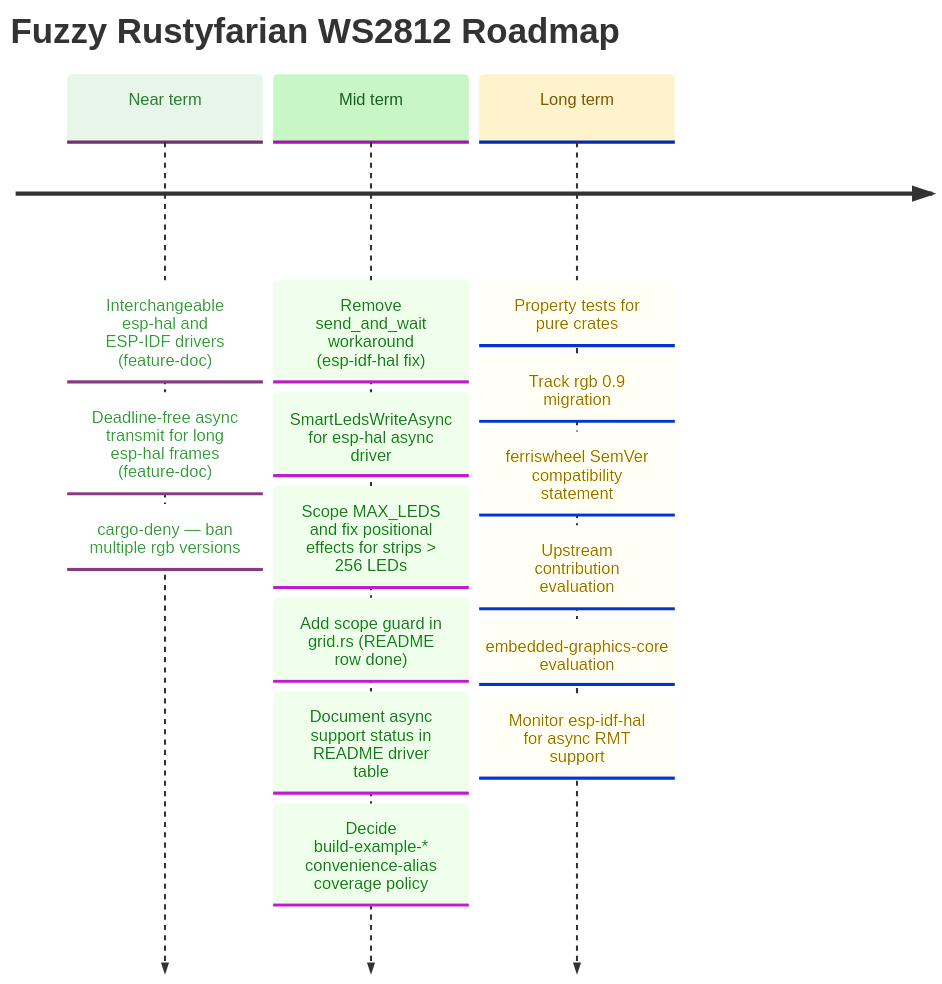
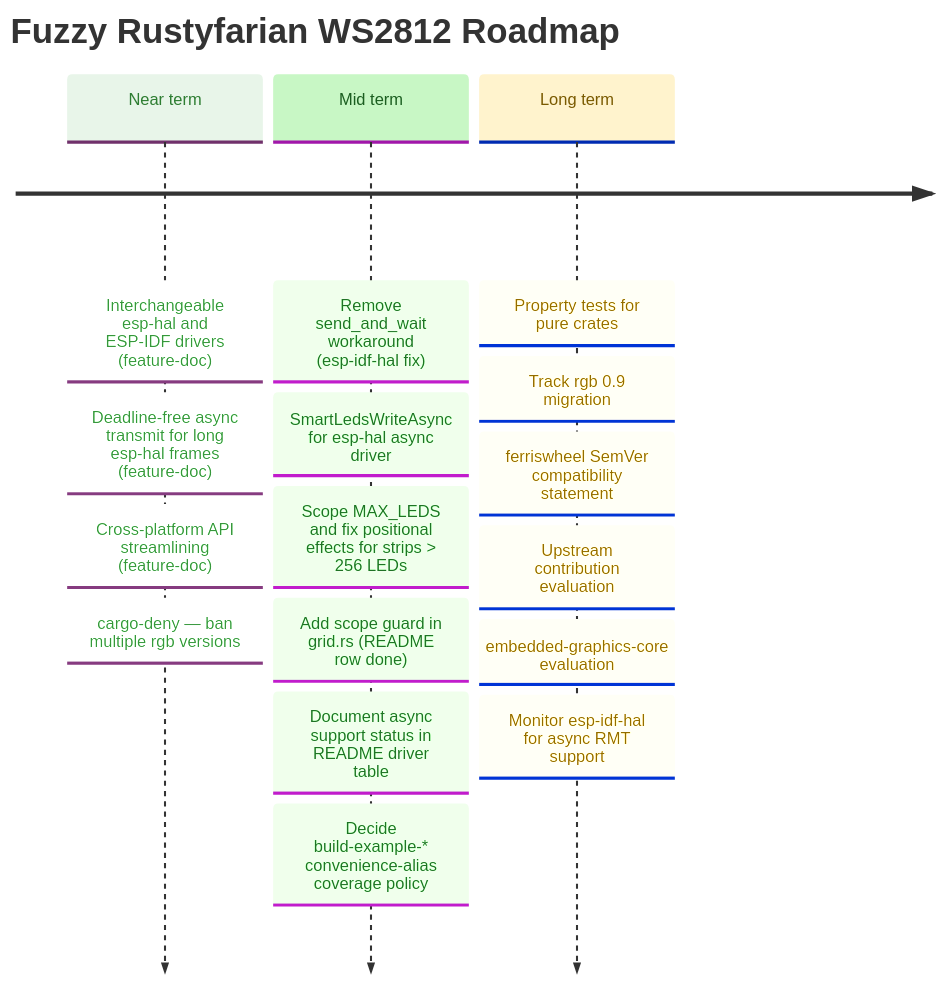
One commit to datenkollektiv/rustyfarian-ws2812 changed the diagram in docs/ROADMAP.md. Above: the diagram before and after it, drawn with Mermaid. The commit also changed other lines of this file and 1 other file, not shown here.

Commit message:
Plan cross-platform API streamlining

````diff
--- a/docs/ROADMAP.md
+++ b/docs/ROADMAP.md
@@ -30,36 +31,37 @@
 ```mermaid
 %%{init: {
   "theme": "base",
   "themeVariables": {
     "cScale0": "#e8f5e9",
     "cScaleLabel0": "#2e7d32",
     "cScale1": "#c8f7c5",
     "cScaleLabel1": "#1b5e20",
     "cScale2": "#fff3cd",
     "cScaleLabel2": "#7a5a00",
     "cScale3": "#e3f2fd",
     "cScaleLabel3": "#0d47a1"
   }
 }}%%
 
 timeline
     title Fuzzy Rustyfarian WS2812 Roadmap
 
     Near term : Interchangeable esp-hal and ESP-IDF drivers (feature-doc)
               : Deadline-free async transmit for long esp-hal frames (feature-doc)
+              : Cross-platform API streamlining (feature-doc)
               : cargo-deny — ban multiple rgb versions
 
     Mid term  : Remove send_and_wait workaround (esp-idf-hal fix)
               : SmartLedsWriteAsync for esp-hal async driver
               : Scope MAX_LEDS and fix positional effects for strips > 256 LEDs
               : Add scope guard in grid.rs (README row done)
               : Document async support status in README driver table
               : Decide build-example-* convenience-alias coverage policy
 
     Long term : Property tests for pure crates
               : Track rgb 0.9 migration
               : ferriswheel SemVer compatibility statement
               : Upstream contribution evaluation
               : embedded-graphics-core evaluation
               : Monitor esp-idf-hal for async RMT support
 ```
````
